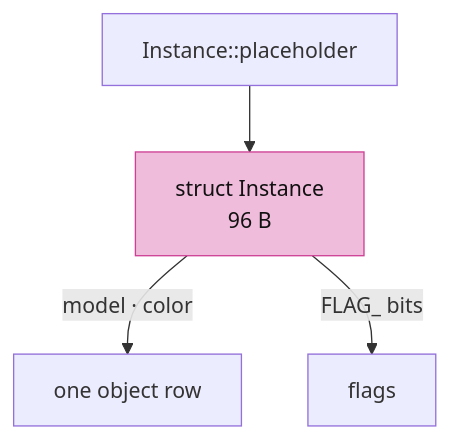
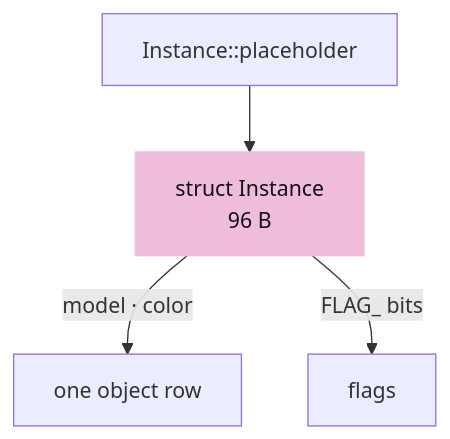
The second of 6 diagrams in session_viewer/docs/03-identity.md (petrasvestartas/session), drawn with Mermaid before and after one commit. The commit also changed other lines of this file and 324 other files, not shown here.

````diff
--- a/session_viewer/docs/03-identity.md
+++ b/session_viewer/docs/03-identity.md
@@ -37,7 +37,7 @@
 ```mermaid
 flowchart TB
     P["Instance::placeholder"] --> I["struct Instance<br/>96 B"]
     I -- "model · color" --> R["one object row"]
     I -- "FLAG_ bits" --> F["flags"]
-    style I fill:#f0bcdb,stroke:#ce4095,color:#111
+    style I fill:#f0bcdb,stroke:#f0bcdb,color:#111
 ```
````
